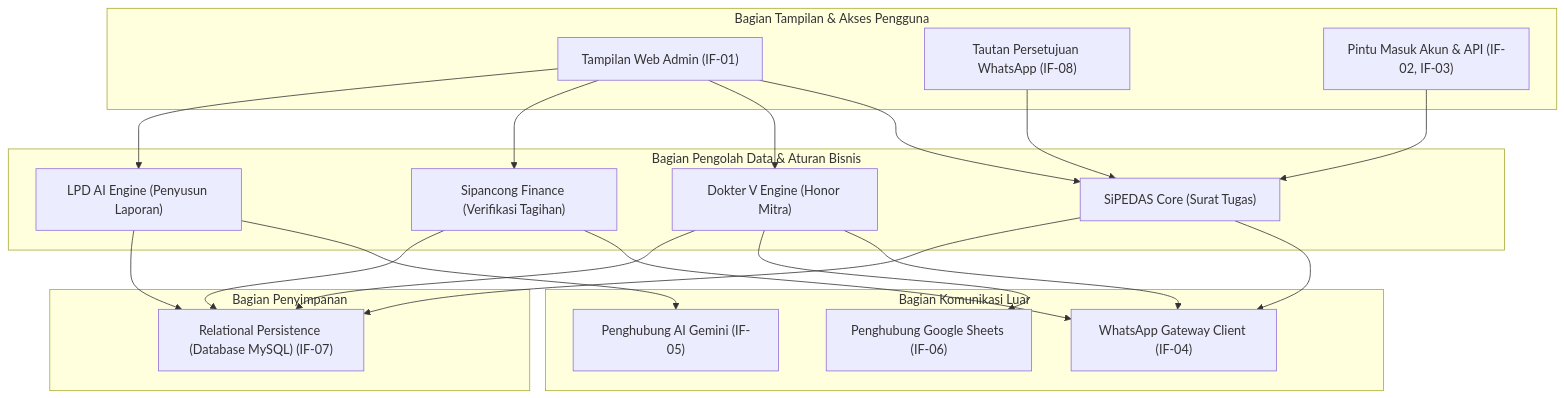
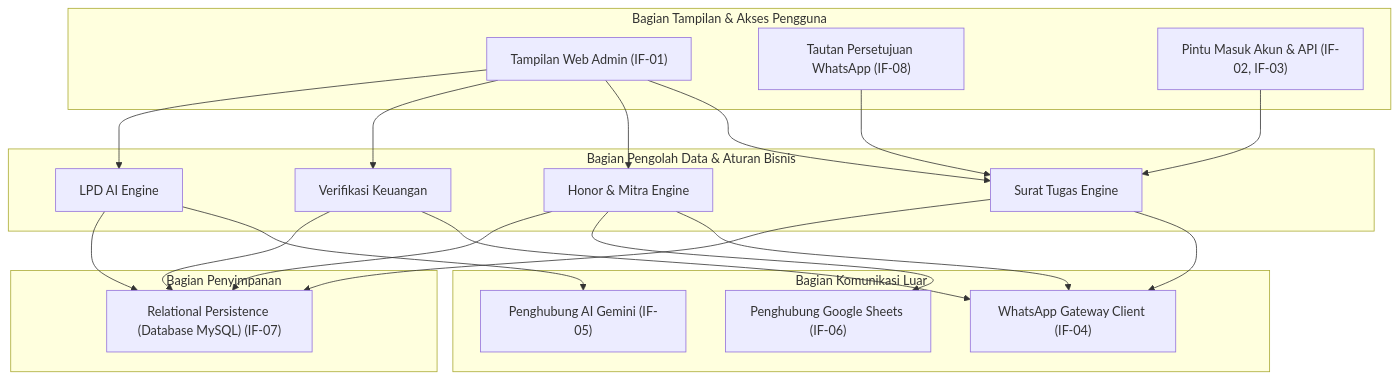
One commit to ihkaru/sipedas changed the diagram in docs/architecture/05_building_block_view.md. Above: the diagram before and after it, drawn with Mermaid. The commit also changed other lines of this file and 53 other files, not shown here.

Commit message:
feat(pembayaran): eliminate SiPEDAS and Sipancong legacy names, refresh arc42 baseline, and add backward-compatible redirect

````diff
--- a/docs/architecture/05_building_block_view.md
+++ b/docs/architecture/05_building_block_view.md
@@ -17,43 +17,43 @@
 ```mermaid
 graph TD
     subgraph TampilanWeb["Bagian Tampilan & Akses Pengguna"]
         FilamentUI["Tampilan Web Admin (IF-01)"]
         PublicWebhook["Tautan Persetujuan WhatsApp (IF-08)"]
         AgentAPI["Pintu Masuk Akun & API (IF-02, IF-03)"]
     end
 
     subgraph MesinKerja["Bagian Pengolah Data & Aturan Bisnis"]
-        SipedasCore["SiPEDAS Core (Surat Tugas)"]
-        DokterV["Dokter V Engine (Honor Mitra)"]
-        Sipancong["Sipancong Finance (Verifikasi Tagihan)"]
-        LPDAI["LPD AI Engine (Penyusun Laporan)"]
+        SuratTugasCore["Surat Tugas Engine"]
+        HonorCore["Honor & Mitra Engine"]
+        KeuanganCore["Verifikasi Keuangan"]
+        LPDAI["LPD AI Engine"]
     end
 
     subgraph PenghubungLayananLuar["Bagian Komunikasi Luar"]
         WAClient["WhatsApp Gateway Client (IF-04)"]
         AIGatewayClient["Penghubung AI Gemini (IF-05)"]
         GSheetsSync["Penghubung Google Sheets (IF-06)"]
     end
 
     subgraph PenyimpananData["Bagian Penyimpanan"]
         MySQLStore["Relational Persistence (Database MySQL) (IF-07)"]
     end
 
-    FilamentUI --> SipedasCore
-    FilamentUI --> DokterV
-    FilamentUI --> Sipancong
+    FilamentUI --> SuratTugasCore
+    FilamentUI --> HonorCore
+    FilamentUI --> KeuanganCore
     FilamentUI --> LPDAI
-    PublicWebhook --> SipedasCore
-    AgentAPI --> SipedasCore
+    PublicWebhook --> SuratTugasCore
+    AgentAPI --> SuratTugasCore
 
-    SipedasCore --> WAClient
-    DokterV --> WAClient
-    DokterV --> GSheetsSync
-    Sipancong --> WAClient
+    SuratTugasCore --> WAClient
+    HonorCore --> WAClient
+    HonorCore --> GSheetsSync
+    KeuanganCore --> WAClient
     LPDAI --> AIGatewayClient
 
-    SipedasCore --> MySQLStore
-    DokterV --> MySQLStore
-    Sipancong --> MySQLStore
+    SuratTugasCore --> MySQLStore
+    HonorCore --> MySQLStore
+    KeuanganCore --> MySQLStore
     LPDAI --> MySQLStore
 ```
````
